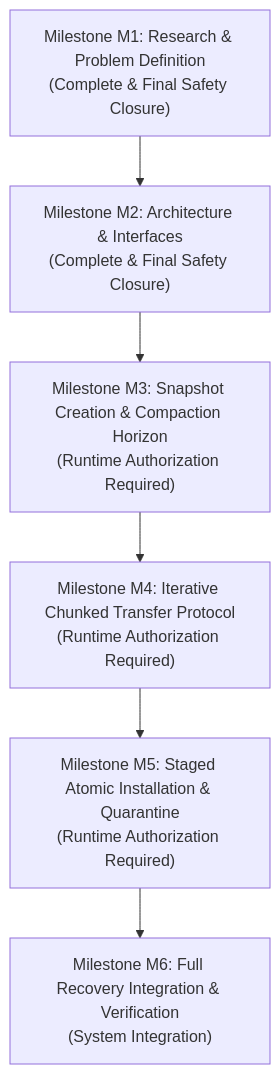
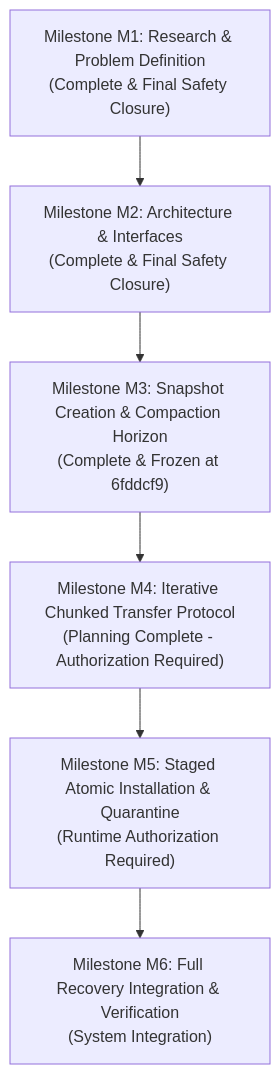
The diagram in docs/PHASE7_5_IMPLEMENTATION_ROADMAP.md (Tejdeepakchandra/SyncPlay_Protocol), drawn with Mermaid before and after one commit. The commit also changed other lines of this file and 9 other files, not shown here.

Commit message:
docs(phase-7.5-m4): architecture, interface spec, roadmap, acceptance criteria, and risk register for snapshot transfer

````diff
--- a/docs/PHASE7_5_IMPLEMENTATION_ROADMAP.md
+++ b/docs/PHASE7_5_IMPLEMENTATION_ROADMAP.md
@@ -14,8 +15,8 @@
 ```mermaid
 flowchart TD
     M1["Milestone M1: Research & Problem Definition<br/>(Complete & Final Safety Closure)"] --> M2["Milestone M2: Architecture & Interfaces<br/>(Complete & Final Safety Closure)"]
-    M2 --> M3["Milestone M3: Snapshot Creation & Compaction Horizon<br/>(Runtime Authorization Required)"]
-    M3 --> M4["Milestone M4: Iterative Chunked Transfer Protocol<br/>(Runtime Authorization Required)"]
+    M2 --> M3["Milestone M3: Snapshot Creation & Compaction Horizon<br/>(Complete & Frozen at 6fddcf9)"]
+    M3 --> M4["Milestone M4: Iterative Chunked Transfer Protocol<br/>(Planning Complete - Authorization Required)"]
     M4 --> M5["Milestone M5: Staged Atomic Installation & Quarantine<br/>(Runtime Authorization Required)"]
     M5 --> M6["Milestone M6: Full Recovery Integration & Verification<br/>(System Integration)"]
 ```
````
